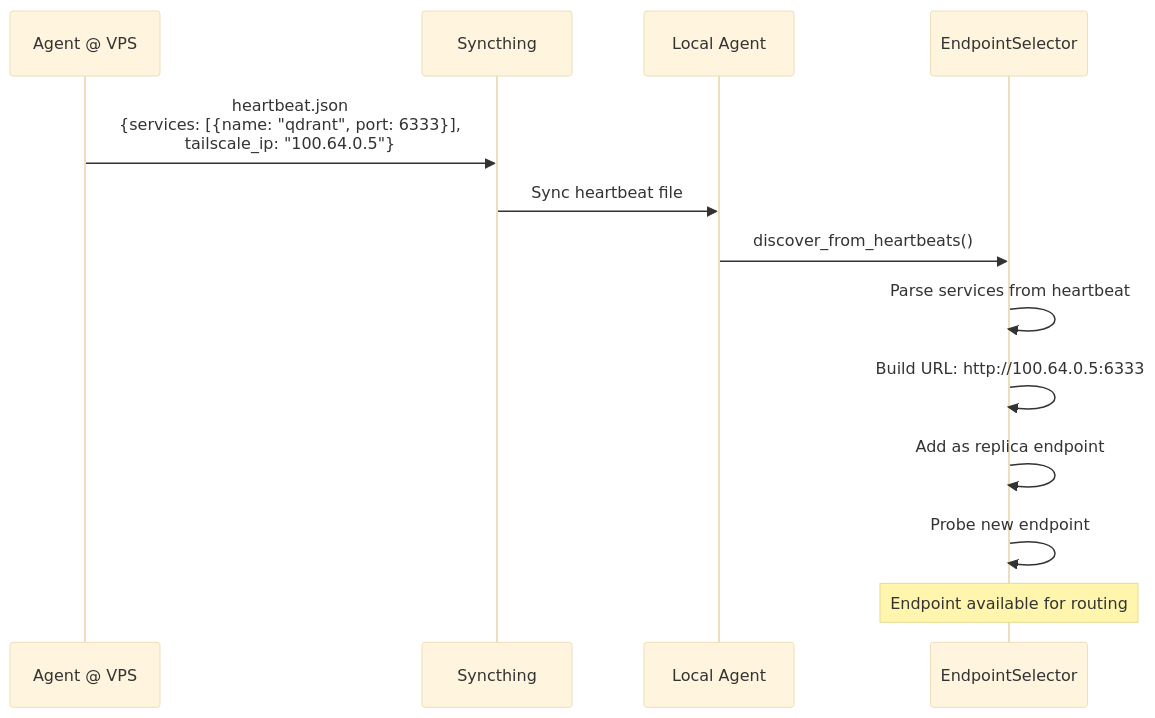
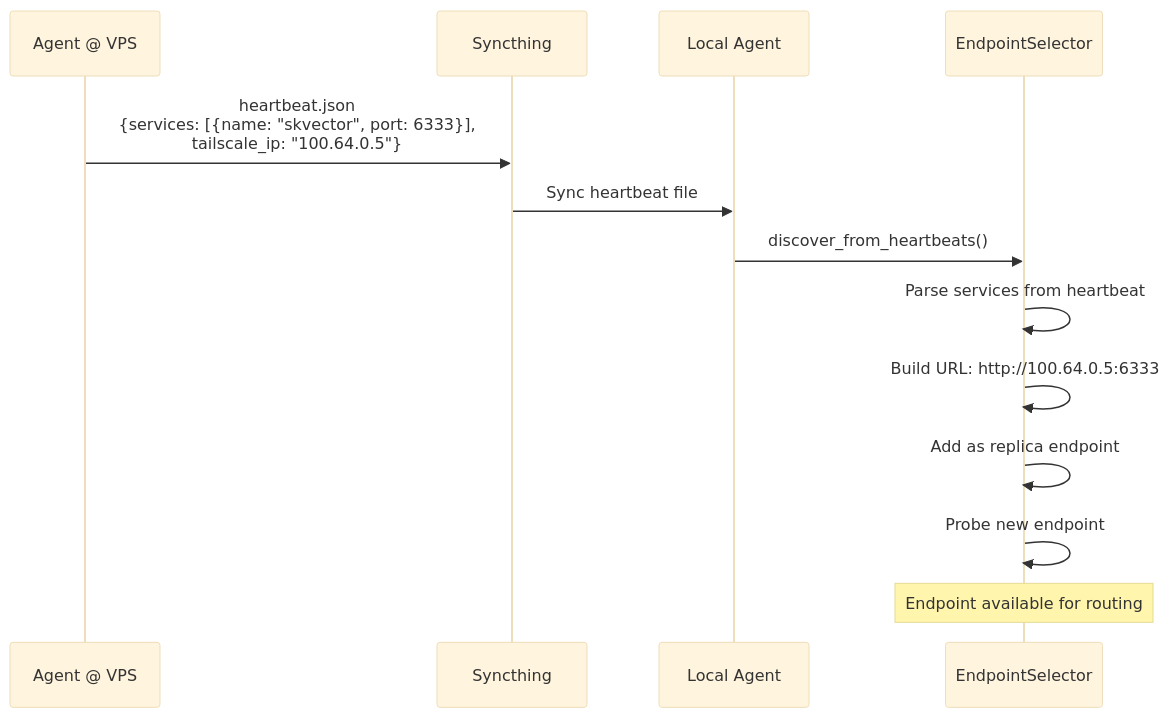
The fourth of 4 diagrams in skmemory/HA.md (smilinTux/skmemory), drawn with Mermaid (base theme) before and after one commit. The commit also changed other lines of this file and 31 other files, not shown here.

````diff
--- a/skmemory/HA.md
+++ b/skmemory/HA.md
@@ -90,16 +90,16 @@
 ```mermaid
 sequenceDiagram
     participant Peer as Agent @ VPS
     participant FS as Syncthing
     participant Local as Local Agent
     participant ES as EndpointSelector
 
-    Peer->>FS: heartbeat.json<br/>{services: [{name: "qdrant", port: 6333}],<br/>tailscale_ip: "100.64.0.5"}
+    Peer->>FS: heartbeat.json<br/>{services: [{name: "skvector", port: 6333}],<br/>tailscale_ip: "100.64.0.5"}
     FS->>Local: Sync heartbeat file
     Local->>ES: discover_from_heartbeats()
     ES->>ES: Parse services from heartbeat
     ES->>ES: Build URL: http://100.64.0.5:6333
     ES->>ES: Add as replica endpoint
     ES->>ES: Probe new endpoint
     Note over ES: Endpoint available for routing
 ```
````
